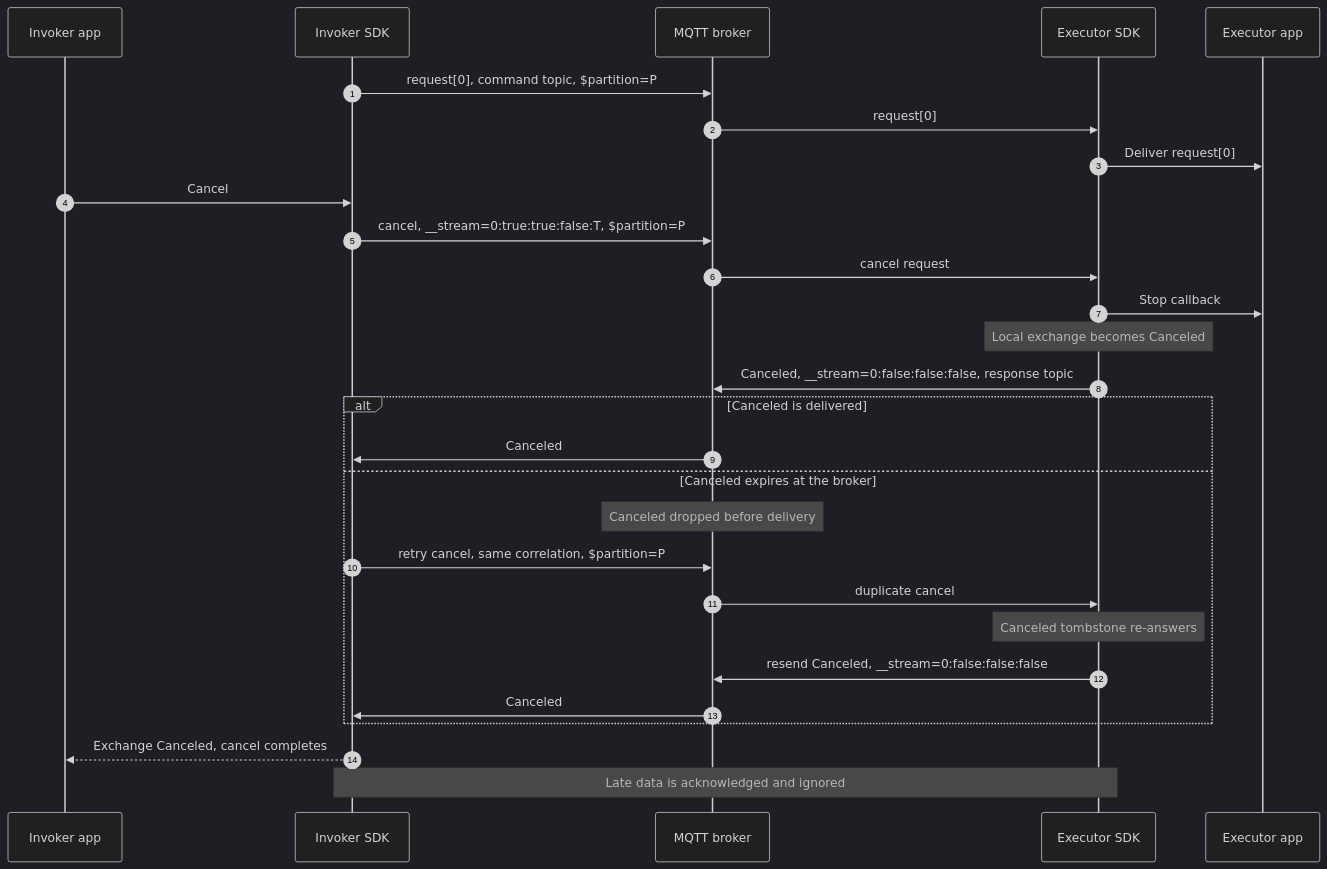
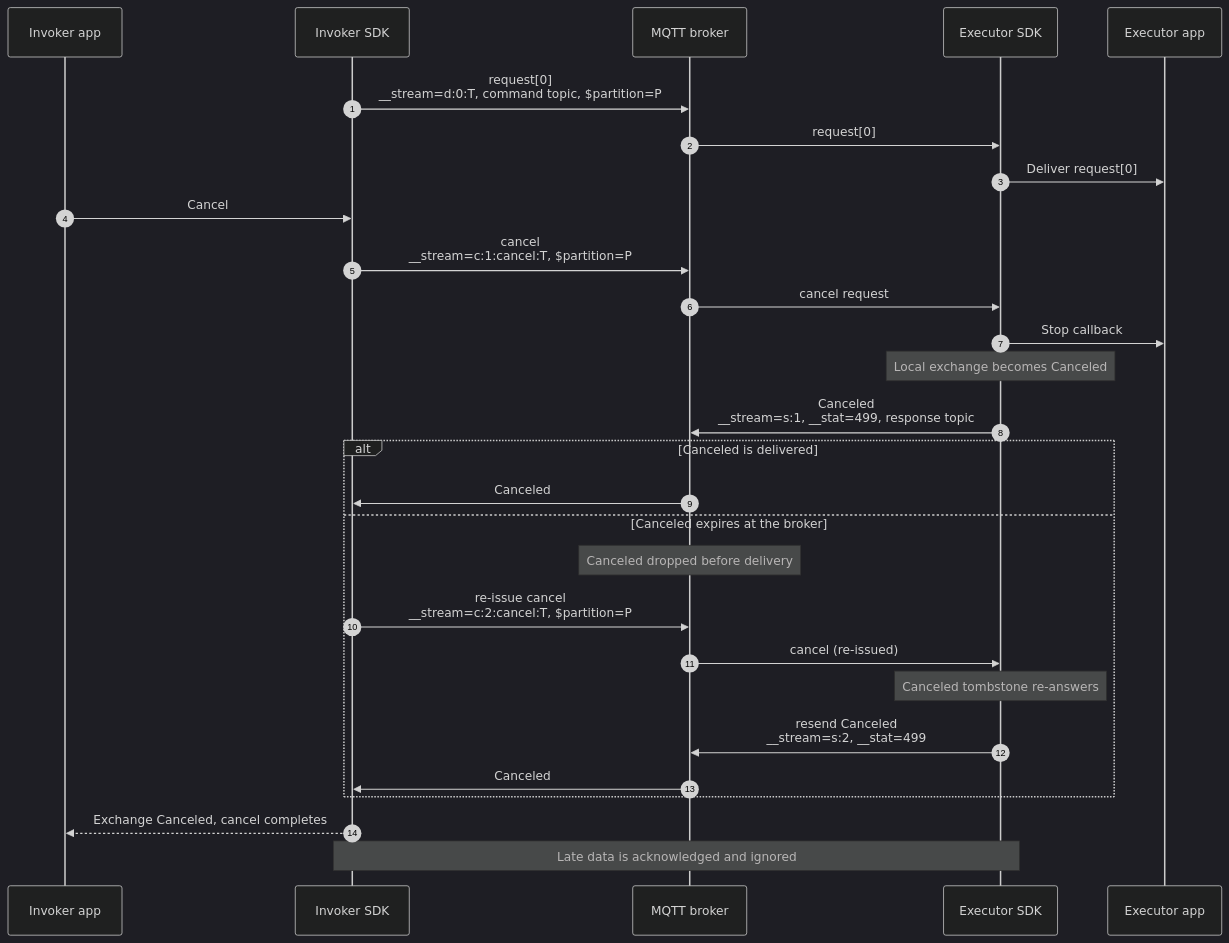
The fifth of 10 diagrams in doc/dev/adr/0025-rpc-streaming-lifecycle-diagrams.md (Azure/iot-operations-sdks), drawn with Mermaid (dark theme) before and after one commit. The commit also changed other lines of this file, not shown here.

Commit message:
refine terminology and clarify stream handling in RPC streaming documentation

````diff
--- a/doc/dev/adr/0025-rpc-streaming-lifecycle-diagrams.md
+++ b/doc/dev/adr/0025-rpc-streaming-lifecycle-diagrams.md
@@ -212,33 +193,33 @@
 ```mermaid
 sequenceDiagram
     autonumber
     participant IA as Invoker app
     participant IS as Invoker SDK
     participant B as MQTT broker
     participant ES as Executor SDK
     participant EA as Executor app
 
-    IS->>B: request[0], command topic, $partition=P
+    IS->>B: request[0]<br/>__stream=d:0:T, command topic, $partition=P
     B->>ES: request[0]
     ES->>EA: Deliver request[0]
     IA->>IS: Cancel
-    IS->>B: cancel, __stream=0:true:true:false:T, $partition=P
+    IS->>B: cancel<br/>__stream=c:1:cancel:T, $partition=P
     B->>ES: cancel request
     ES->>EA: Stop callback
     Note over ES: Local exchange becomes Canceled
-    ES->>B: Canceled, __stream=0:false:false:false, response topic
+    ES->>B: Canceled<br/>__stream=s:1, __stat=499, response topic
 
     alt Canceled is delivered
         B->>IS: Canceled
     else Canceled expires at the broker
         Note over B: Canceled dropped before delivery
-        IS->>B: retry cancel, same correlation, $partition=P
-        B->>ES: duplicate cancel
+        IS->>B: re-issue cancel<br/>__stream=c:2:cancel:T, $partition=P
+        B->>ES: cancel (re-issued)
         Note over ES: Canceled tombstone re-answers
-        ES->>B: resend Canceled, __stream=0:false:false:false
+        ES->>B: resend Canceled<br/>__stream=s:2, __stat=499
         B->>IS: Canceled
     end
 
     IS-->>IA: Exchange Canceled, cancel completes
     Note over IS,ES: Late data is acknowledged and ignored
 ```
````
